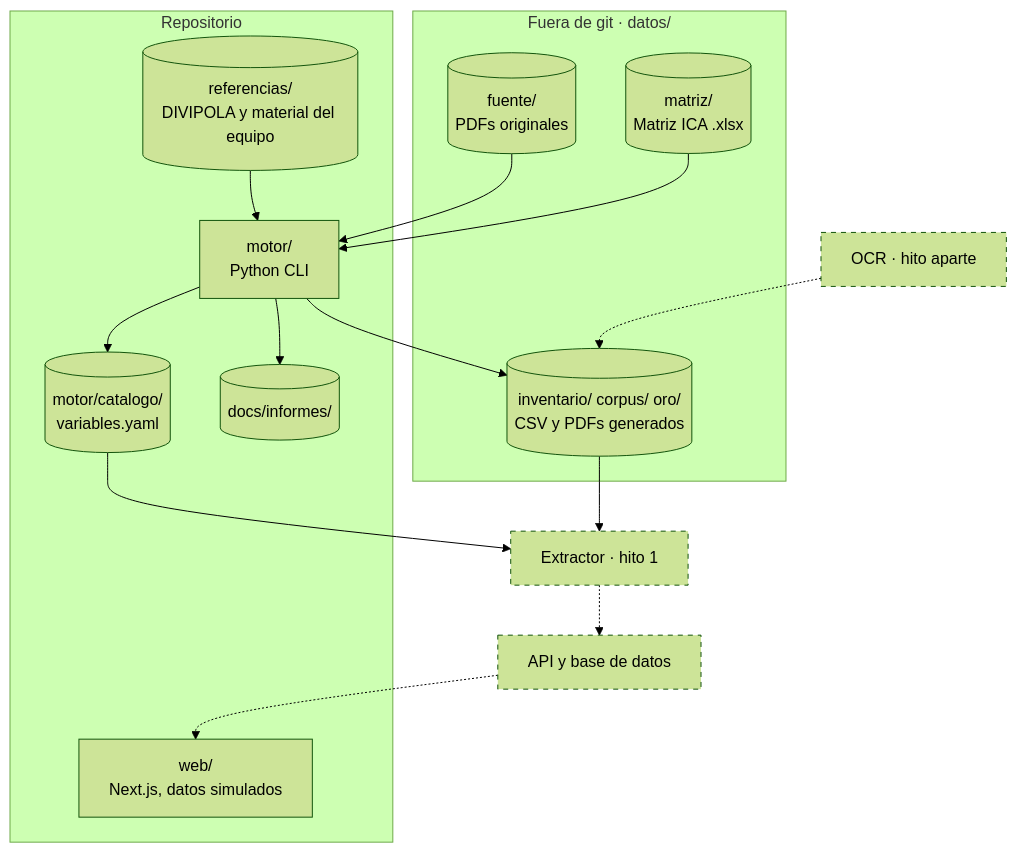
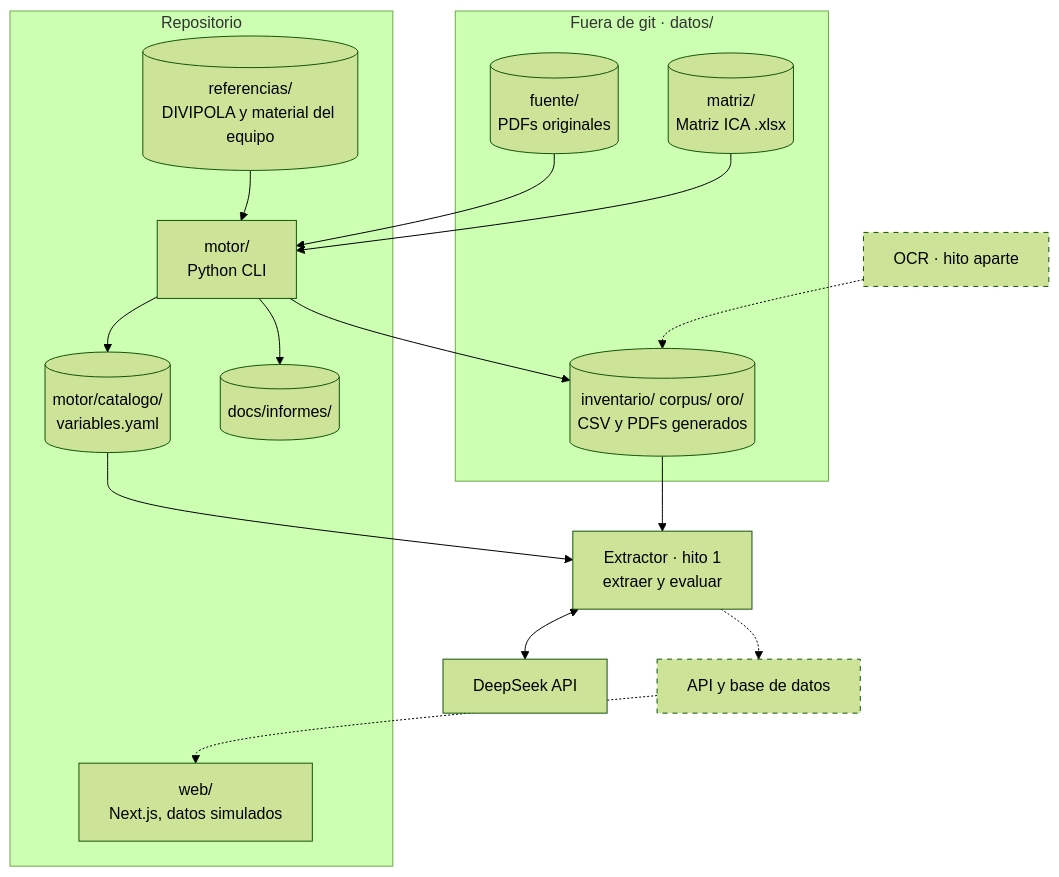
The first of 10 diagrams in docs/arquitectura/uml.md (hashernom/pipeline-pdf-contables), drawn with Mermaid (forest theme) before and after one commit. The commit also changed other lines of this file and 3 other files, not shown here.

````diff
--- a/docs/arquitectura/uml.md
+++ b/docs/arquitectura/uml.md
@@ -19,31 +20,33 @@
 ```mermaid
 flowchart TB
     subgraph fuera[Fuera de git · datos/]
         F[(fuente/<br/>PDFs originales)]
         M[(matriz/<br/>Matriz ICA .xlsx)]
         G[(inventario/ corpus/ oro/<br/>CSV y PDFs generados)]
     end
     subgraph repo[Repositorio]
         R[(referencias/<br/>DIVIPOLA y material del equipo)]
         MOT[motor/<br/>Python CLI]
         CAT[(motor/catalogo/<br/>variables.yaml)]
         INF[(docs/informes/)]
         WEB[web/<br/>Next.js, datos simulados]
     end
-    EXT[Extractor · hito 1]:::futuro
+    EXT[Extractor · hito 1<br/>extraer y evaluar]
+    DS[DeepSeek API]
     OCR[OCR · hito aparte]:::futuro
     API[API y base de datos]:::futuro
 
     F --> MOT
     M --> MOT
     R --> MOT
     MOT --> G
     MOT --> CAT
     MOT --> INF
     G --> EXT
     CAT --> EXT
+    EXT <--> DS
     OCR -.-> G
     EXT -.-> API
     API -.-> WEB
     classDef futuro stroke-dasharray: 5 5
 ```
````
